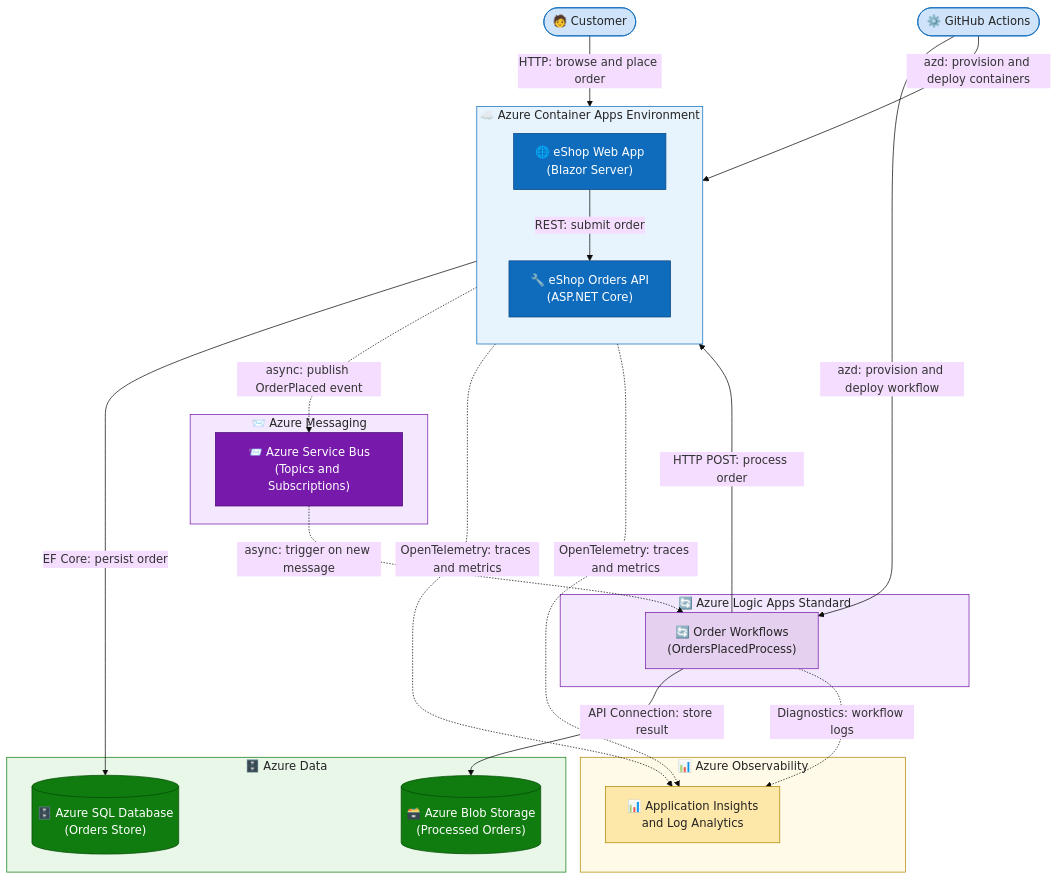
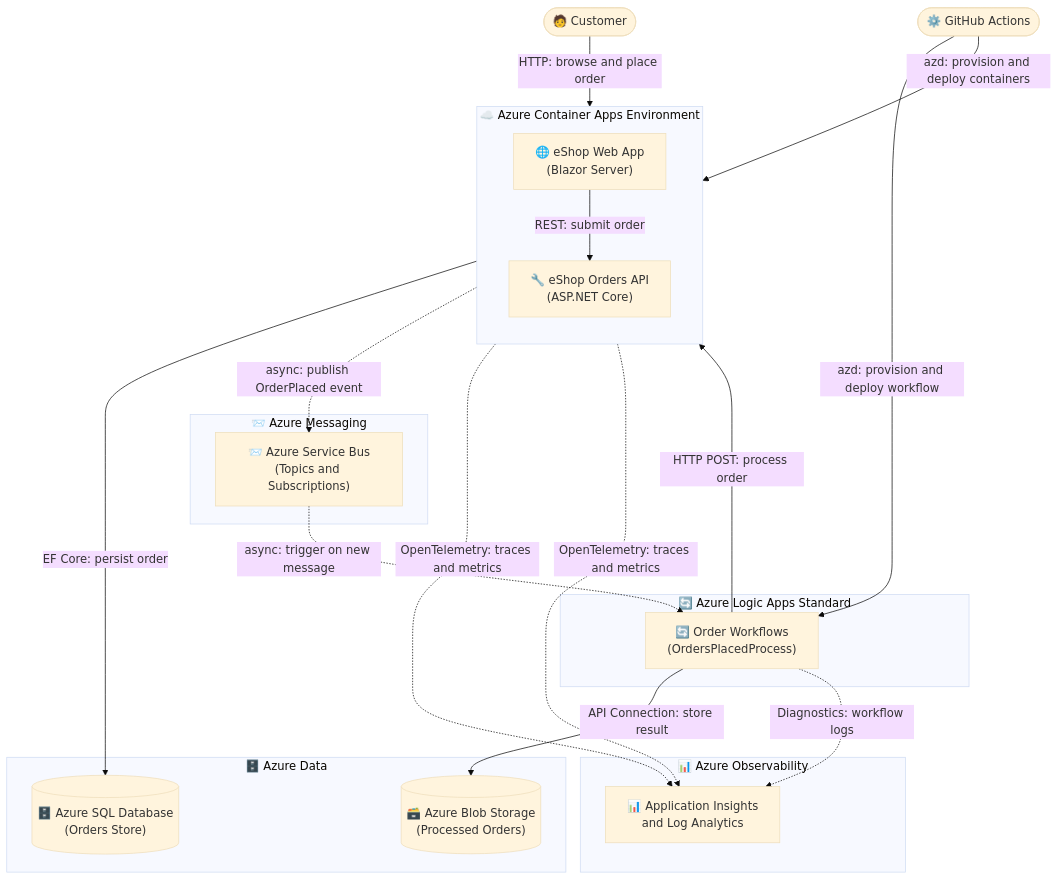
Before and after one commit to Evilazaro/Azure-LogicApps-Monitoring: the diagram in README.md, drawn with Mermaid.

Commit message:
Remove unnecessary subgraph styles and class definitions from architecture diagram in README.md for clarity

````diff
--- a/README.md
+++ b/README.md
@@ -124,26 +124,5 @@
   WebApp -.->|"OpenTelemetry: traces and metrics"| AppInsights
   LogicApp -.->|"Diagnostics: workflow logs"| AppInsights
 
-  %% ── Subgraph Styles ─────────────────────────────────────────────────────
-  style ACA fill:#e8f4fd,stroke:#0f6cbd,color:#242424
-  style Messaging fill:#f3e8fd,stroke:#7719aa,color:#242424
-  style Workflows fill:#f3e8fd,stroke:#7719aa,color:#242424
-  style DataLayer fill:#e8f7e8,stroke:#107c10,color:#242424
-  style ObsLayer fill:#fffbe8,stroke:#b38600,color:#242424
 
-  %% ── Class Definitions ───────────────────────────────────────────────────
-  classDef actor fill:#cfe4fa,stroke:#0f6cbd,color:#242424
-  classDef service fill:#0f6cbd,stroke:#094580,color:#ffffff
-  classDef messaging fill:#7719aa,stroke:#4a0a75,color:#ffffff
-  classDef workflow fill:#e6d0f0,stroke:#7719aa,color:#242424
-  classDef datastore fill:#107c10,stroke:#054b05,color:#ffffff
-  classDef monitoring fill:#fde7a9,stroke:#b38600,color:#242424
-
-  %% ── Class Assignments ───────────────────────────────────────────────────
-  class Customer,GitHubActions actor
-  class WebApp,OrdersAPI service
-  class ServiceBus messaging
-  class LogicApp workflow
-  class SQLDb,BlobStorage datastore
-  class AppInsights monitoring
 ```
````
